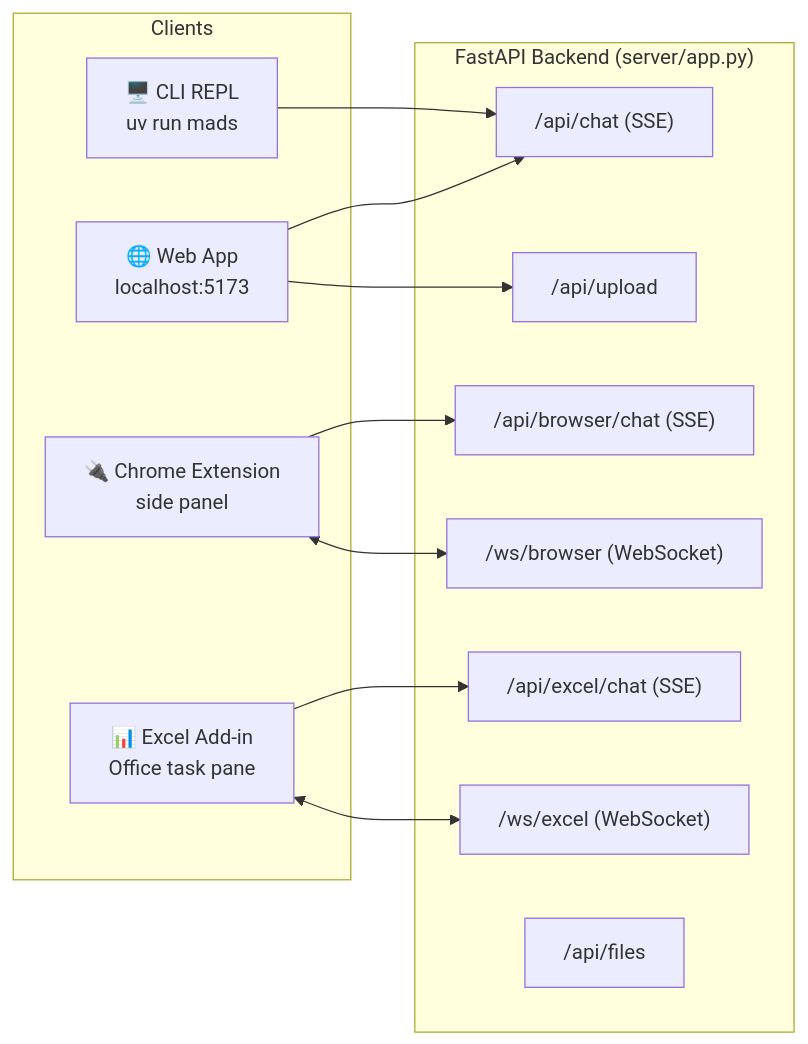
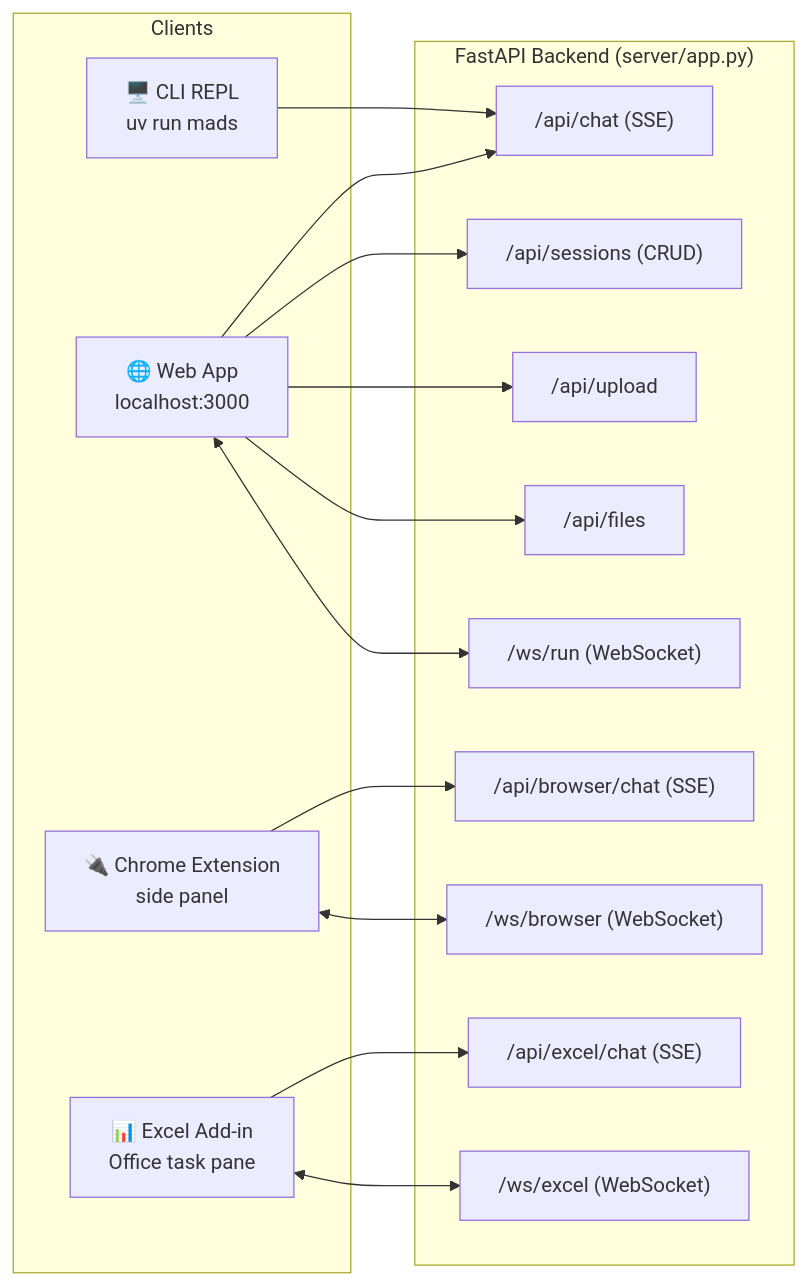
Before and after one commit to sayandeep-coder/mads: the third of 8 diagrams in README.md, drawn with Mermaid. The commit also changed other lines of this file and 41 other files, not shown here.

First line of the commit message:
feat: rebuild web chat UI with persistent sessions and a live run-anything terminal

````diff
--- a/README.md
+++ b/README.md
@@ -159,27 +160,32 @@
 ```mermaid
 flowchart LR
     subgraph Clients
         CLI["🖥️ CLI REPL<br/>uv run mads"]
-        Web["🌐 Web App<br/>localhost:5173"]
+        Web["🌐 Web App<br/>localhost:3000"]
         Ext["🔌 Chrome Extension<br/>side panel"]
         Addin["📊 Excel Add-in<br/>Office task pane"]
     end
 
     subgraph Backend["FastAPI Backend (server/app.py)"]
         API["/api/chat (SSE)"]
+        Sessions["/api/sessions (CRUD)"]
         BrowserAPI["/api/browser/chat (SSE)"]
         ExcelAPI["/api/excel/chat (SSE)"]
         BrowserWS["/ws/browser (WebSocket)"]
         ExcelWS["/ws/excel (WebSocket)"]
+        RunWS["/ws/run (WebSocket)"]
         Upload["/api/upload"]
         Files["/api/files"]
     end
 
     CLI --> API
     Web --> API
+    Web --> Sessions
     Web --> Upload
+    Web --> Files
+    Web <--> RunWS
     Ext --> BrowserAPI
     Ext <--> BrowserWS
     Addin --> ExcelAPI
     Addin <--> ExcelWS
 ```
````
